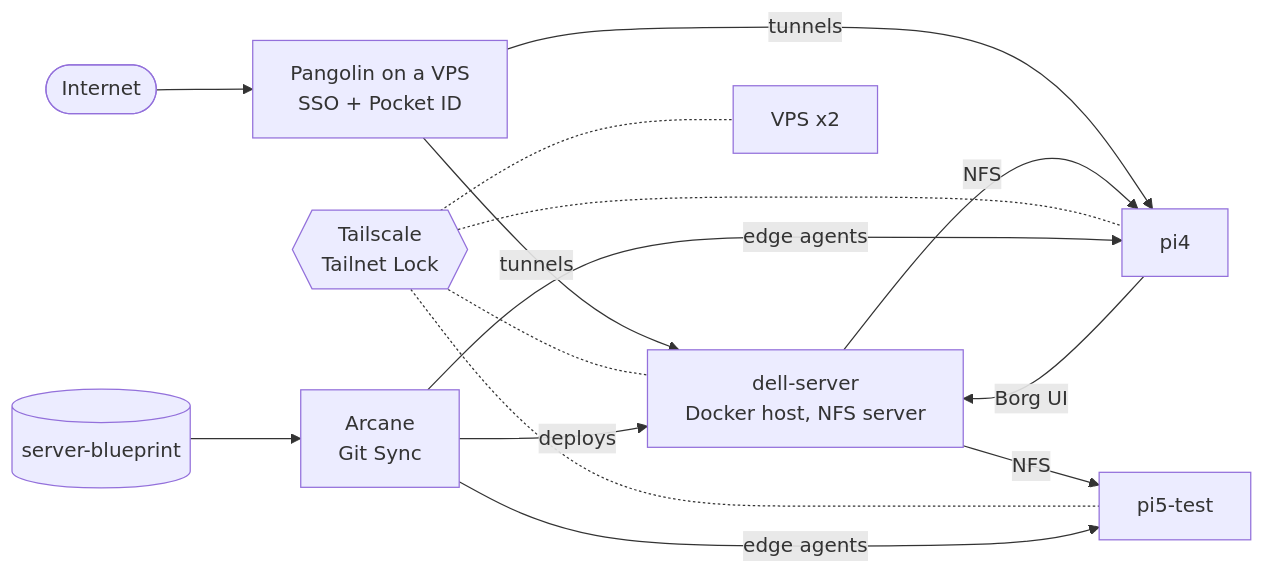
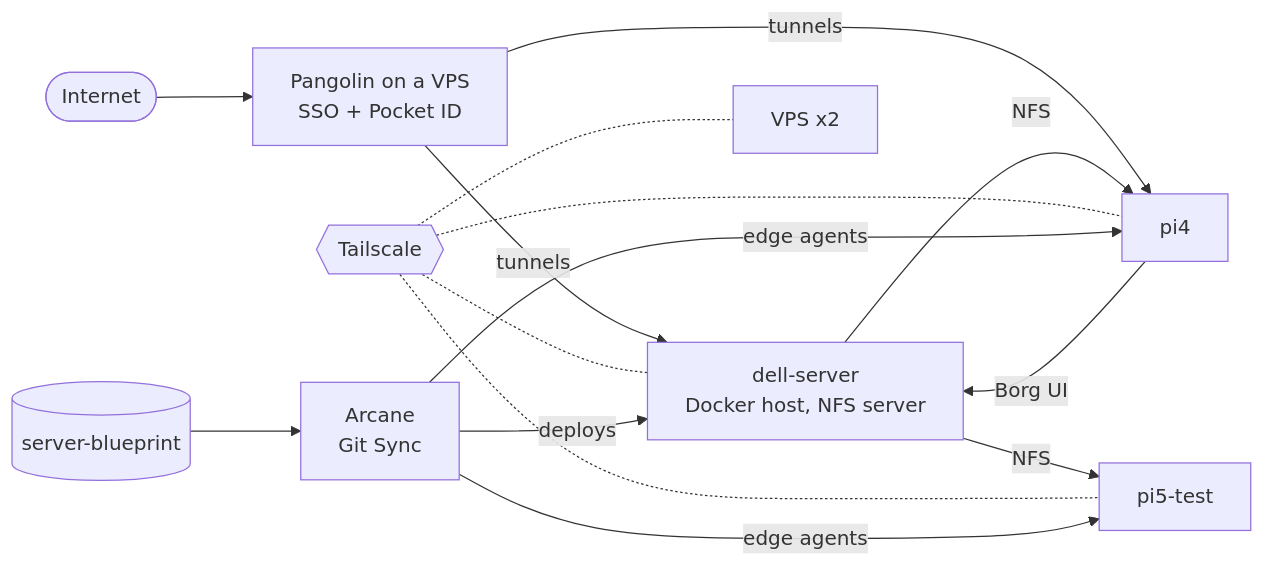
The diagram in README.md (bearded-papa/bearded-papa), drawn with Mermaid before and after one commit. The commit also changed other lines of this file, not shown here.

````diff
--- a/README.md
+++ b/README.md
@@ -26,17 +26,17 @@
 ```mermaid
 flowchart LR
   U([Internet]) --> P[Pangolin on a VPS<br/>SSO + Pocket ID]
   P -- tunnels --> D[dell-server<br/>Docker host, NFS server]
   P -- tunnels --> R4[pi4]
   D -- NFS --> R4
   D -- NFS --> R5[pi5-test]
   R4 -- Borg UI --> D
-  T{{Tailscale<br/>Tailnet Lock}} -.- D
+  T{{Tailscale}} -.- D
   T -.- R4
   T -.- R5
   T -.- V[VPS x2]
   A[Arcane<br/>Git Sync] -- deploys --> D
   A -- edge agents --> R4
   A -- edge agents --> R5
   G[(server-blueprint)] --> A
 ```
````
